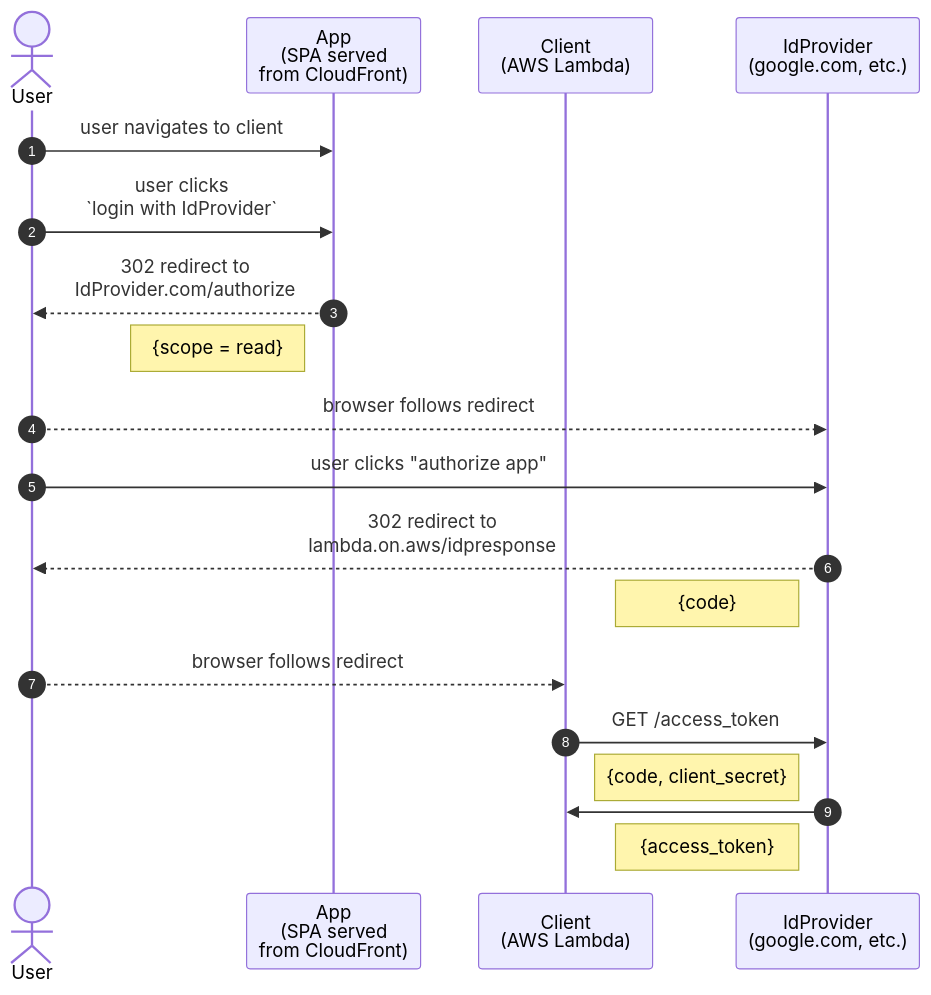
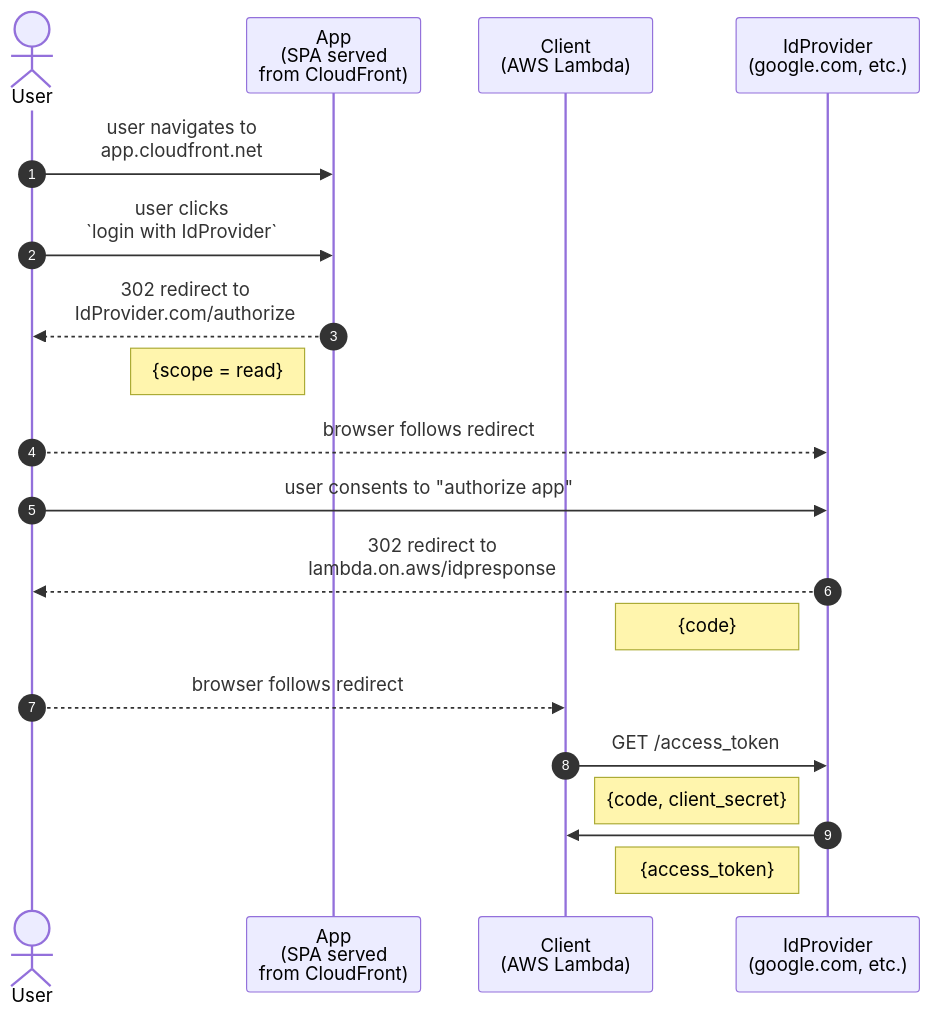
The diagram in doc/oauth-oidc.md (shorn/zinc), drawn with Mermaid before and after one commit. The commit also changed other lines of this file and 1 other file, not shown here.

````diff
--- a/doc/oauth-oidc.md
+++ b/doc/oauth-oidc.md
@@ -37,24 +37,24 @@
 ```mermaid
 sequenceDiagram
 autonumber
 actor user as User
 participant app as App<br/>(SPA served<br/>from CloudFront) 
 participant client as Client<br/>(AWS Lambda)
 participant idp as IdProvider<br/>(google.com, etc.)
 
-user->>app: user navigates to client
+user->>app: user navigates to <br/>app.cloudfront.net
 user->>app: user clicks<br/>`login with IdProvider`
 app-->>user: 302 redirect to<br/>IdProvider.com/authorize
 note left of app: {scope = read}
 
 user-->>idp: browser follows redirect
-user->>idp: user clicks "authorize app" 
+user->>idp: user consents to "authorize app" 
 idp-->>user: 302 redirect to<br/>lambda.on.aws/idpresponse
 note left of idp: {code}
 user-->>client: browser follows redirect
 
 client->>idp: GET /access_token
 note right of client: {code, client_secret}
 idp->>client: 
 note left of idp: {access_token} 
 ```
````
